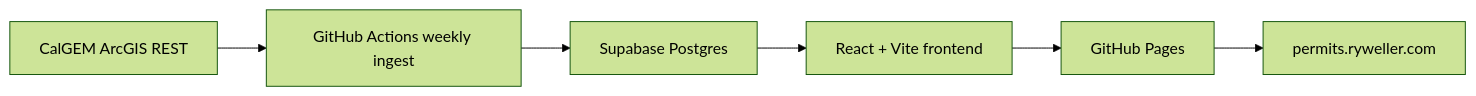
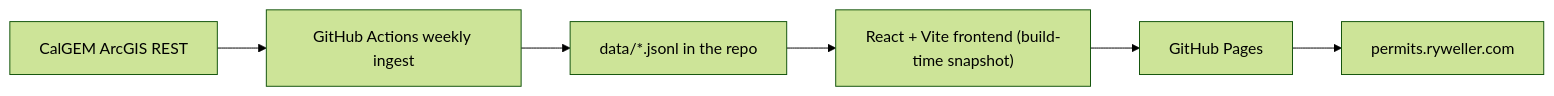
Before and after one commit to rockpyer/ca-permits: the diagram in docs/architecture.md, drawn with Mermaid (forest theme). The commit also changed other lines of this file and 25 other files, not shown here.

First line of the commit message:
Store ingest data in the repo instead of Supabase (#10)

````diff
--- a/docs/architecture.md
+++ b/docs/architecture.md
@@ -5,8 +5,8 @@
 ```mermaid
 flowchart LR
   CalGEM["CalGEM ArcGIS REST"] --> Actions["GitHub Actions weekly ingest"]
-  Actions --> Supabase["Supabase Postgres"]
-  Supabase --> React["React + Vite frontend"]
+  Actions --> Store["data/*.jsonl in the repo"]
+  Store --> React["React + Vite frontend (build-time snapshot)"]
   React --> Pages["GitHub Pages"]
   Pages --> Domain["permits.ryweller.com"]
 ```
````
